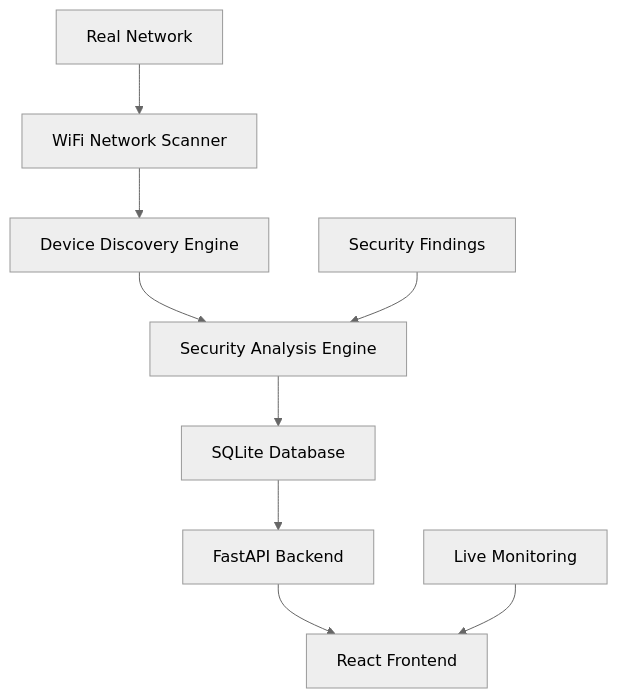
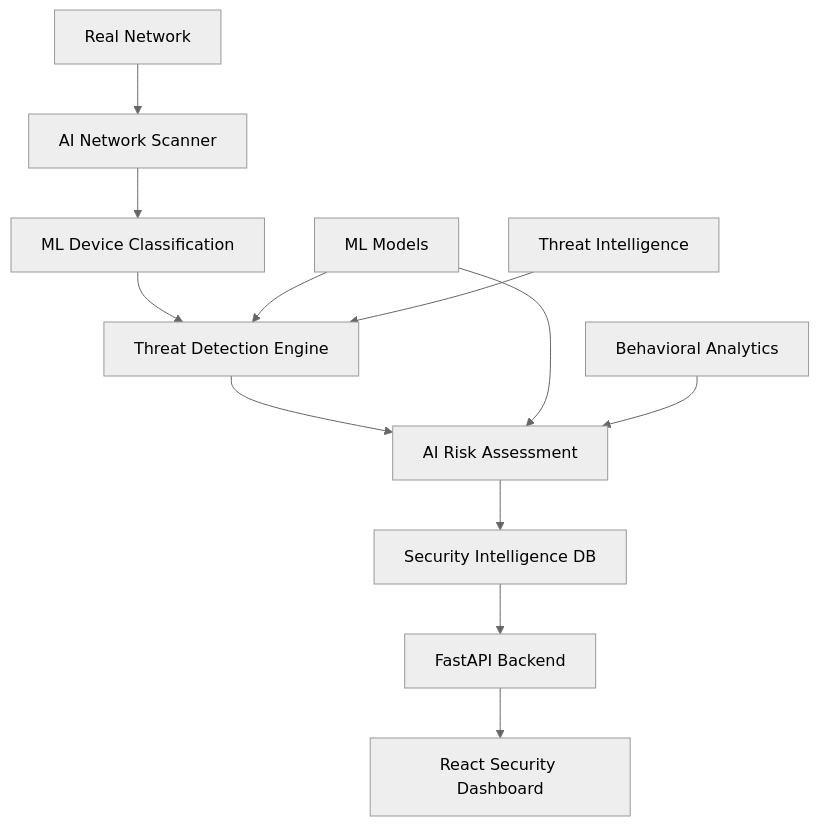
One commit to Pmvita/SecureNet changed the diagram in README.md. Above: the diagram before and after it, drawn with Mermaid (neutral theme). The commit also changed other lines of this file and 1 other file, not shown here.

Commit message:
Refactor log queries in app.py to filter by severity level instead of anomaly score. Update README.md to reflect the transition to an AI-powered security platform, enhancing descriptions of features and capabilities.

````diff
--- a/README.md
+++ b/README.md
@@ -57,12 +58,15 @@
 ```mermaid
 graph TB
-    A[WiFi Network Scanner] --> B[Device Discovery Engine]
-    B --> C[Security Analysis Engine]
-    C --> D[SQLite Database]
-    D --> E[FastAPI Backend]
-    E --> F[React Frontend]
+    A[AI Network Scanner] --> B[ML Device Classification]
+    B --> C[Threat Detection Engine]
+    C --> D[AI Risk Assessment]
+    D --> E[Security Intelligence DB]
+    E --> F[FastAPI Backend]
+    F --> G[React Security Dashboard]
     
-    G[Real Network] --> A
-    H[Security Findings] --> C
-    I[Live Monitoring] --> F
+    H[Real Network] --> A
+    I[ML Models] --> C
+    I --> D
+    J[Threat Intelligence] --> C
+    K[Behavioral Analytics] --> D
 ```
````
